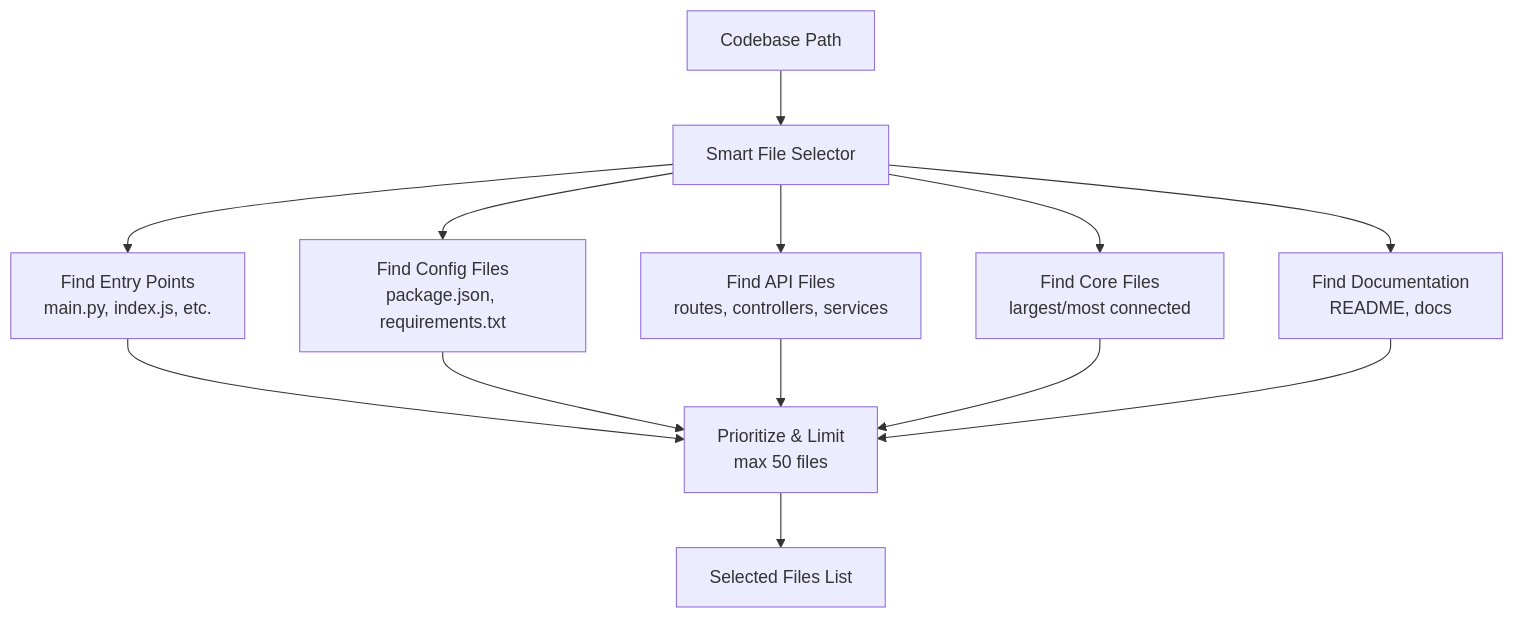
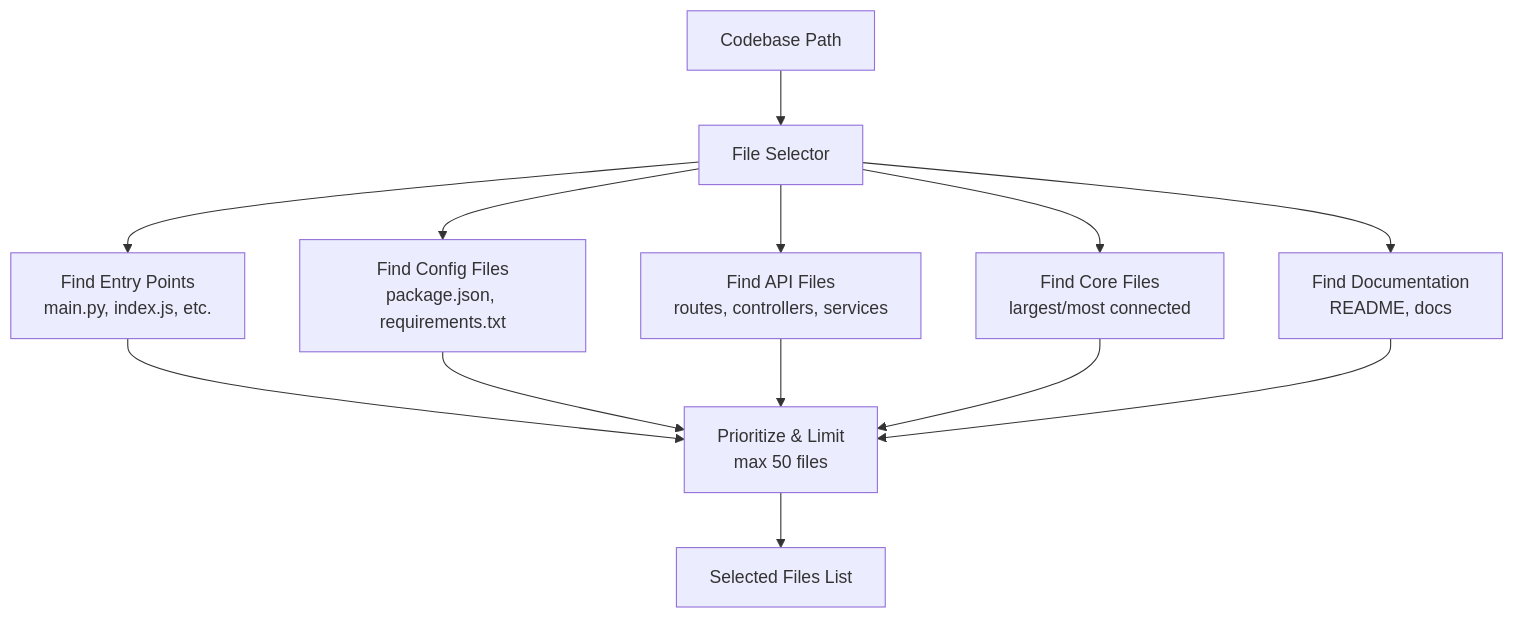
Before and after one commit to ashmere/docgenai: the second of 4 diagrams in docs/architecture.md, drawn with Mermaid. The commit also changed other lines of this file, not shown here.

First line of the commit message:
docs: update architecture documentation to reflect current clean architecture

````diff
--- a/docs/architecture.md
+++ b/docs/architecture.md
@@ -53,17 +53,17 @@
 ```mermaid
 graph TD
-    START[Codebase Path] --> FS[Smart File Selector]
+    START[Codebase Path] --> FS[File Selector]
     FS --> EP[Find Entry Points<br/>main.py, index.js, etc.]
     FS --> CF[Find Config Files<br/>package.json, requirements.txt]
     FS --> API[Find API Files<br/>routes, controllers, services]
     FS --> CORE[Find Core Files<br/>largest/most connected]
     FS --> DOC[Find Documentation<br/>README, docs]
 
     EP --> PRIORITIZE[Prioritize & Limit<br/>max 50 files]
     CF --> PRIORITIZE
     API --> PRIORITIZE
     CORE --> PRIORITIZE
     DOC --> PRIORITIZE
 
     PRIORITIZE --> SELECTED[Selected Files List]
 ```
````
